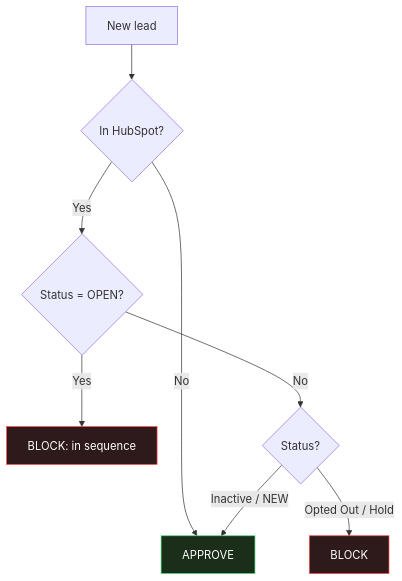
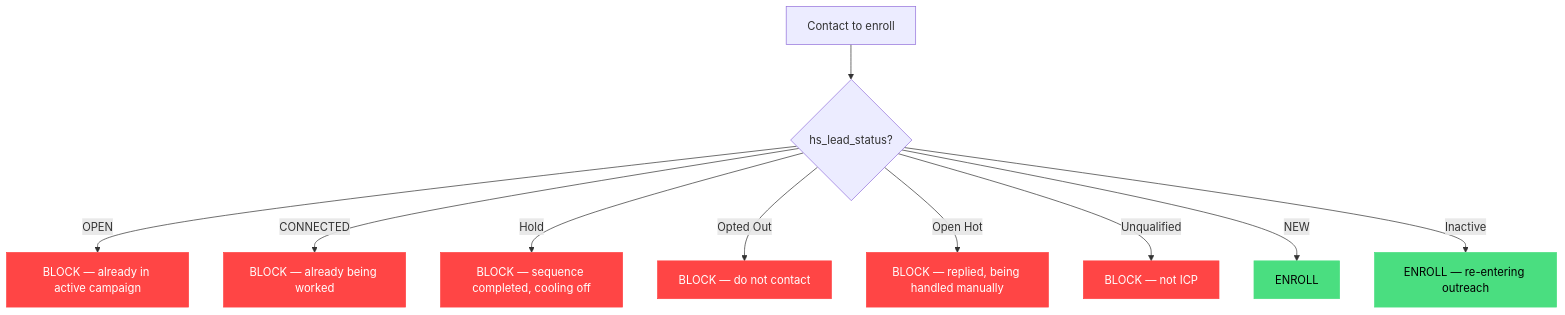
Before and after one commit to Artemponomarev/ai-agent-guides: the eighth of 8 diagrams in Kernelics email outreaching automation/architecture.md, drawn with Mermaid. The commit also changed other lines of this file, not shown here.

First line of the commit message:
Rewrite architecture: hypothesis-driven workflow with OpenClaw orchestration

````diff
--- a/Kernelics email outreaching automation/architecture.md
+++ b/Kernelics email outreaching automation/architecture.md
@@ -396,14 +472,21 @@
 ```mermaid
 flowchart TD
-    NEW[New lead] --> Q{In HubSpot?}
-    Q -->|No| OK[APPROVE]
-    Q -->|Yes| ACT{Status = OPEN?}
-    ACT -->|Yes| BL1[BLOCK: in sequence]
-    ACT -->|No| REP{Status?}
-    REP -->|Opted Out / Hold| BL2[BLOCK]
-    REP -->|Inactive / NEW| OK
+    C[Contact to enroll] --> S{hs_lead_status?}
+    S -->|OPEN| BLOCK1[BLOCK — already in active campaign]
+    S -->|CONNECTED| BLOCK2[BLOCK — already being worked]
+    S -->|Hold| BLOCK3[BLOCK — sequence completed, cooling off]
+    S -->|Opted Out| BLOCK4[BLOCK — do not contact]
+    S -->|Open Hot| BLOCK5[BLOCK — replied, being handled manually]
+    S -->|Unqualified| BLOCK6[BLOCK — not ICP]
+    S -->|NEW| ENROLL[ENROLL]
+    S -->|Inactive| REACTIVATE[ENROLL — re-entering outreach]
 
-    style BL1 fill:#2e1a1a,stroke:#ff4545,color:#fff
-    style BL2 fill:#2e1a1a,stroke:#ff4545,color:#fff
-    style OK fill:#1a2e1a,stroke:#4ade80,color:#fff
+    style BLOCK1 fill:#ff4545,stroke:#ff4545,color:#fff
+    style BLOCK2 fill:#ff4545,stroke:#ff4545,color:#fff
+    style BLOCK3 fill:#ff4545,stroke:#ff4545,color:#fff
+    style BLOCK4 fill:#ff4545,stroke:#ff4545,color:#fff
+    style BLOCK5 fill:#ff4545,stroke:#ff4545,color:#fff
+    style BLOCK6 fill:#ff4545,stroke:#ff4545,color:#fff
+    style ENROLL fill:#4ade80,stroke:#4ade80,color:#000
+    style REACTIVATE fill:#4ade80,stroke:#4ade80,color:#000
 ```
````
